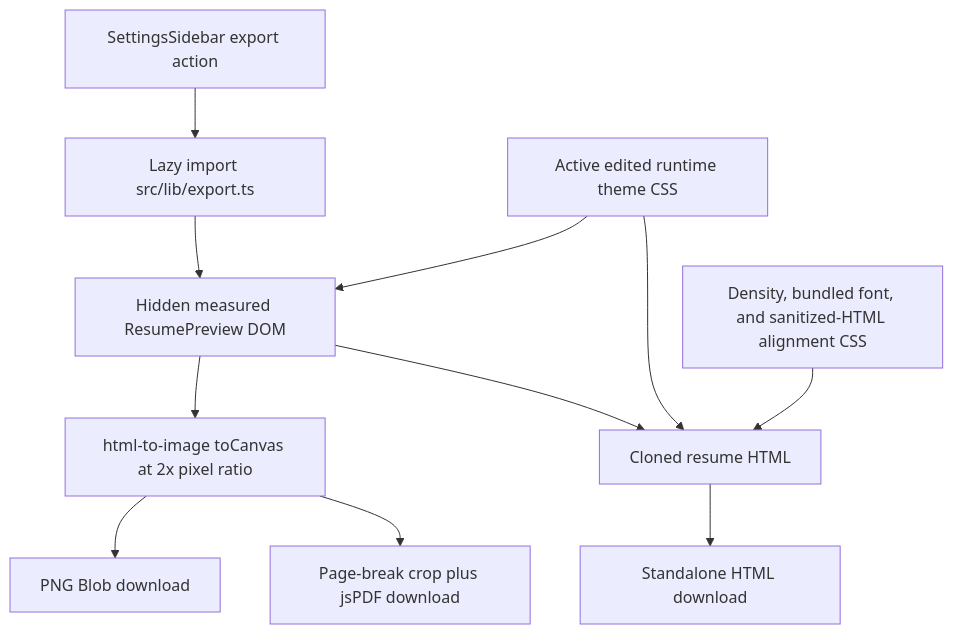
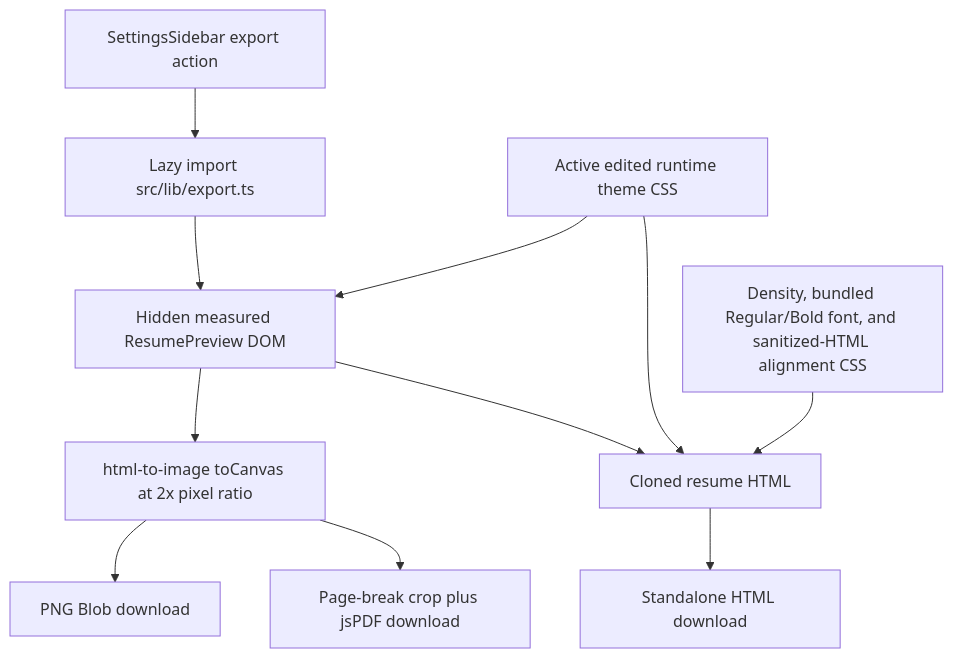
The sixth of 7 diagrams in docs/knowledge-graph.md (jarvanstack/markdown-to-resume), drawn with Mermaid before and after one commit. The commit also changed other lines of this file and 10 other files, not shown here.

Commit message:
Add real bold fonts and GitHub system font

````diff
--- a/docs/knowledge-graph.md
+++ b/docs/knowledge-graph.md
@@ -188,13 +190,13 @@
 ```mermaid
 flowchart TD
     Action["SettingsSidebar export action"] --> Lazy["Lazy import src/lib/export.ts"]
     Lazy --> Canonical["Hidden measured ResumePreview DOM"]
     Canonical --> Canvas["html-to-image toCanvas at 2x pixel ratio"]
     Canvas --> PNG["PNG Blob download"]
     Canvas --> PDF["Page-break crop plus jsPDF download"]
     Canonical --> HTML["Cloned resume HTML"]
     Theme["Active edited runtime theme CSS"] --> HTML
     Theme --> Canonical
-    Shared["Density, bundled font, and sanitized-HTML alignment CSS"] --> HTML
+    Shared["Density, bundled Regular/Bold font, and sanitized-HTML alignment CSS"] --> HTML
     HTML --> HtmlDownload["Standalone HTML download"]
 ```
````
